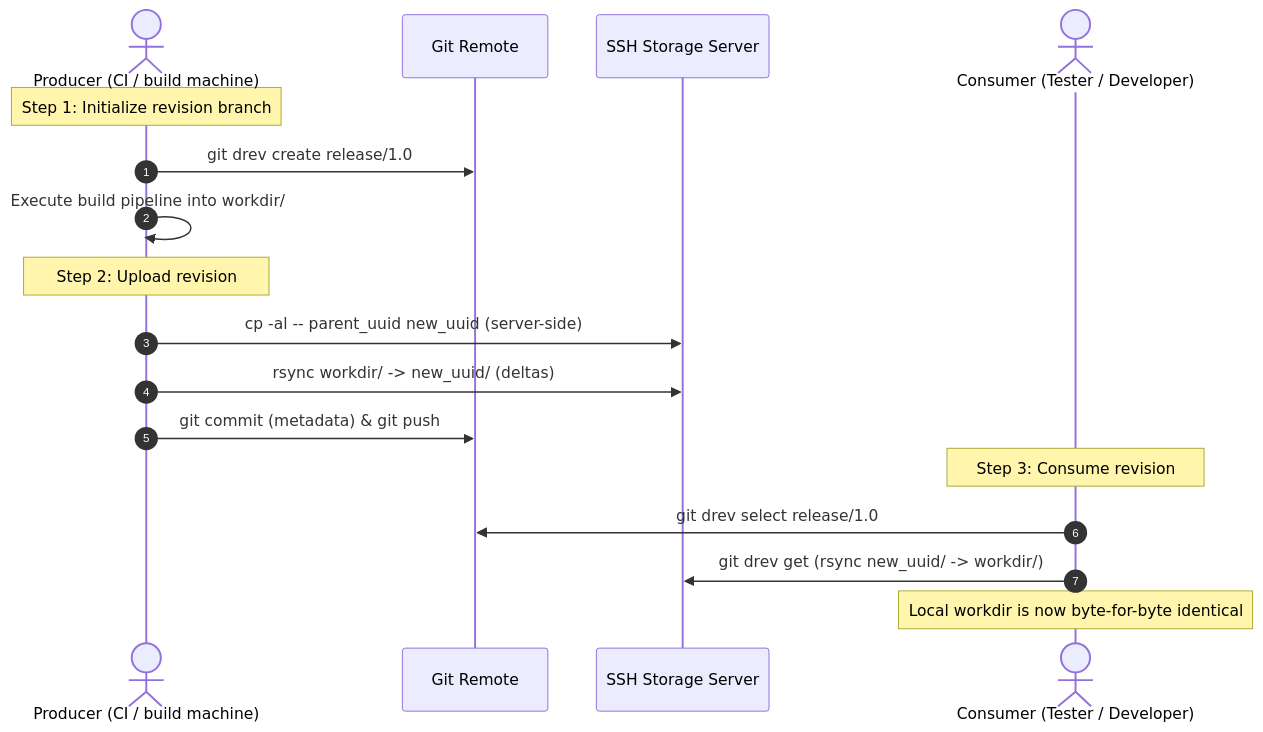
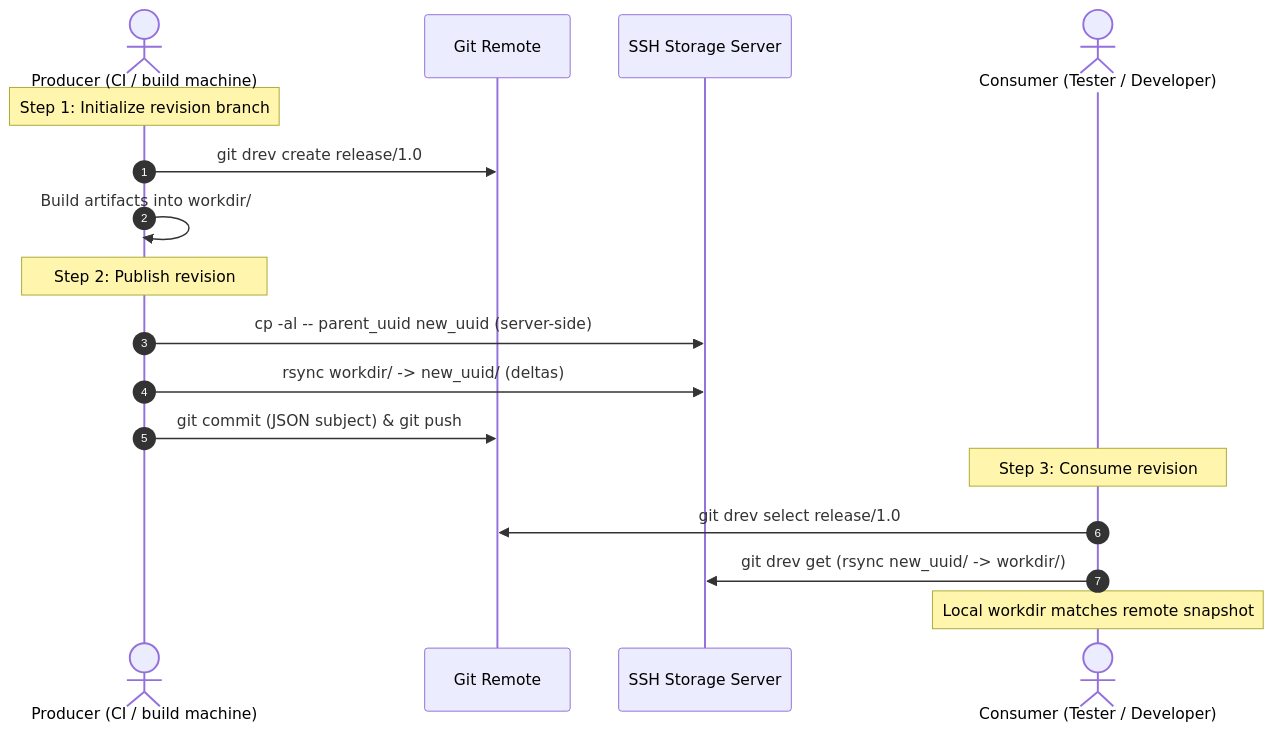
The second of 2 diagrams in docs/user-guide/01-philosophy.md (bvarnai/git-drev), drawn with Mermaid before and after one commit. The commit also changed other lines of this file and 8 other files, not shown here.

````diff
--- a/docs/user-guide/01-philosophy.md
+++ b/docs/user-guide/01-philosophy.md
@@ -69,21 +84,21 @@
 ```mermaid
 sequenceDiagram
     autonumber
     actor Producer as Producer (CI / build machine)
     participant Git as Git Remote
     participant Storage as SSH Storage Server
     actor Consumer as Consumer (Tester / Developer)
 
     Note over Producer: Step 1: Initialize revision branch
     Producer->>Git: git drev create release/1.0
-    Producer->>Producer: Execute build pipeline into workdir/
-    Note over Producer: Step 2: Upload revision
+    Producer->>Producer: Build artifacts into workdir/
+    Note over Producer: Step 2: Publish revision
     Producer->>Storage: cp -al -- parent_uuid new_uuid (server-side)
     Producer->>Storage: rsync workdir/ -> new_uuid/ (deltas)
-    Producer->>Git: git commit (metadata) & git push
+    Producer->>Git: git commit (JSON subject) & git push
 
     Note over Consumer: Step 3: Consume revision
     Consumer->>Git: git drev select release/1.0
     Consumer->>Storage: git drev get (rsync new_uuid/ -> workdir/)
-    Note over Consumer: Local workdir is now byte-for-byte identical
+    Note over Consumer: Local workdir matches remote snapshot
 ```
````
